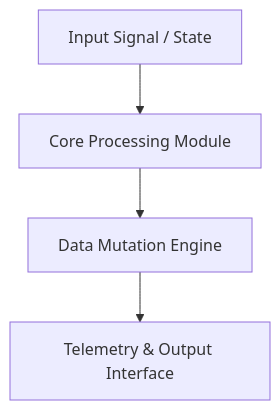
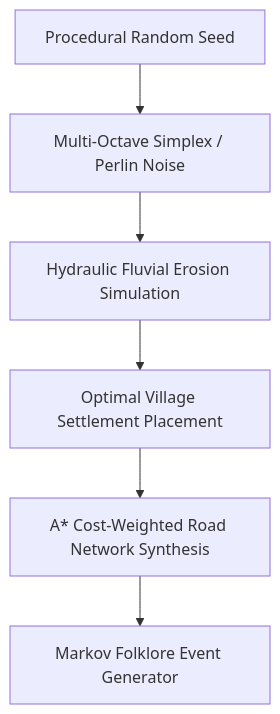
One commit to Jirnyak/selo_temi changed the diagram in README.md. Above: the diagram before and after it, drawn with Mermaid. The commit also changed other lines of this file, not shown here.

Commit message:
docs(readme): deploy bespoke technical specification, Mermaid pipeline and syndicate attribution

````diff
--- a/README.md
+++ b/README.md
@@ -34,6 +14,8 @@
 ```mermaid
 graph TD
-    A[Input Signal / State] --> B[Core Processing Module]
-    B --> C[Data Mutation Engine]
-    C --> D[Telemetry & Output Interface]
+    Seed[Procedural Random Seed] --> Perlin[Multi-Octave Simplex / Perlin Noise]
+    Perlin --> Hydro[Hydraulic Fluvial Erosion Simulation]
+    Hydro --> Settle[Optimal Village Settlement Placement]
+    Settle --> Road[A* Cost-Weighted Road Network Synthesis]
+    Road --> Narrative[Markov Folklore Event Generator]
 ```
````
